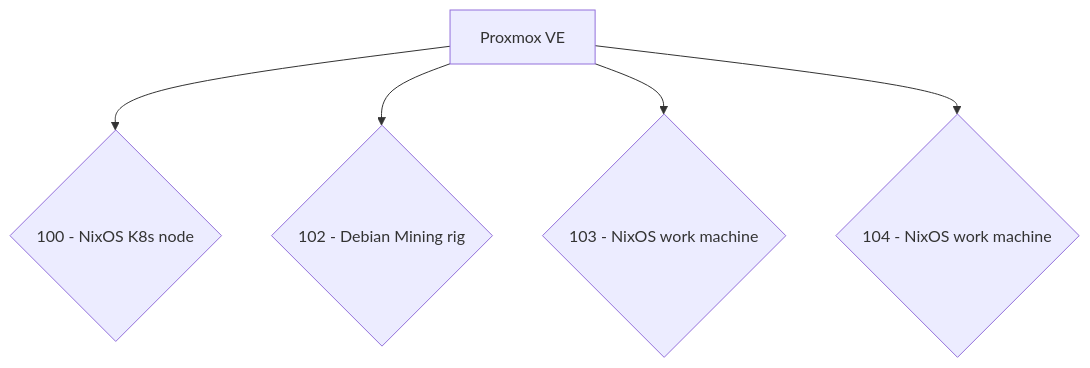
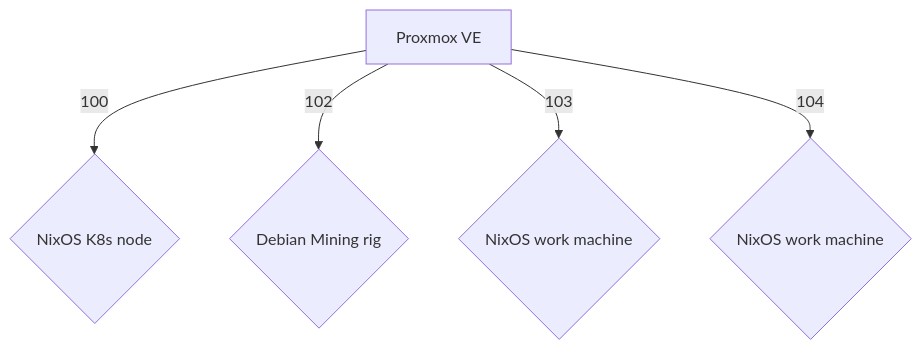
One commit to portothree/dotfiles changed the diagram in homelab/README.md. Above: the diagram before and after it, drawn with Mermaid.

````diff
--- a/homelab/README.md
+++ b/homelab/README.md
@@ -3,7 +3,7 @@
 ```mermaid
 flowchart TD
-	A[Proxmox VE] --> 100{100 - NixOS K8s node};
-	A --> 102{102 - Debian Mining rig};
-	A --> 103{103 - NixOS work machine};
-	A --> 104{104 - NixOS work machine};
+	A[Proxmox VE] -->|100| B{NixOS K8s node};
+	A -->|102| C{Debian Mining rig};
+	A -->|103| D{NixOS work machine};
+	A -->|104| E{NixOS work machine};
 ```
````
